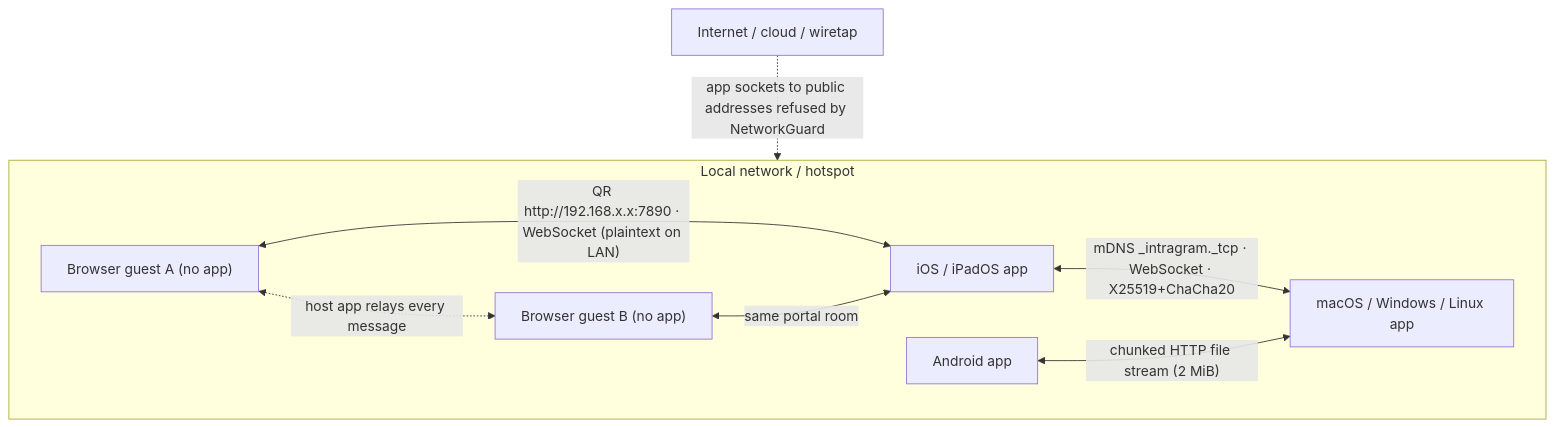
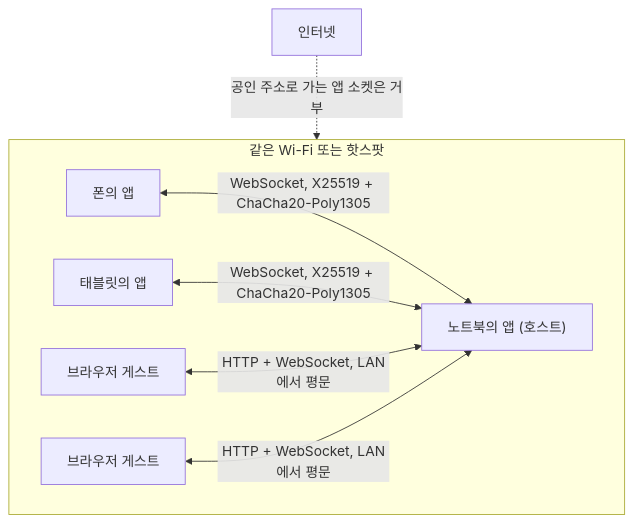
The second of 2 diagrams in README.md (gnoyx2/IntraGram), drawn with Mermaid before and after one commit. The commit also changed other lines of this file, not shown here.

````diff
--- a/README.md
+++ b/README.md
@@ -384,18 +429,17 @@
 ```mermaid
 graph TD
-    subgraph LAN["Local network / hotspot"]
-        iOS["iOS / iPadOS app"]
-        Android["Android app"]
-        Desktop["macOS / Windows / Linux app"]
-        Web1["Browser guest A (no app)"]
-        Web2["Browser guest B (no app)"]
+    subgraph LAN["같은 Wi-Fi 또는 핫스팟"]
+        Phone["폰의 앱"]
+        Laptop["노트북의 앱 (호스트)"]
+        Tablet["태블릿의 앱"]
+        Guest1["브라우저 게스트"]
+        Guest2["브라우저 게스트"]
 
-        iOS <-->|"mDNS _intragram._tcp · WebSocket · X25519+ChaCha20"| Desktop
-        Android <-->|"chunked HTTP file stream (2 MiB)"| Desktop
-        Web1 <-->|"QR http://192.168.x.x:7890 · WebSocket (plaintext on LAN)"| iOS
-        Web2 <-->|"same portal room"| iOS
-        Web1 <-.->|"host app relays every message"| Web2
+        Phone <-->|"WebSocket, X25519 + ChaCha20-Poly1305"| Laptop
+        Tablet <-->|"WebSocket, X25519 + ChaCha20-Poly1305"| Laptop
+        Guest1 <-->|"HTTP + WebSocket, LAN에서 평문"| Laptop
+        Guest2 <-->|"HTTP + WebSocket, LAN에서 평문"| Laptop
     end
 
-    WAN["Internet / cloud / wiretap"] -.->|"app sockets to public addresses refused by NetworkGuard"| LAN
+    WAN["인터넷"] -.->|"공인 주소로 가는 앱 소켓은 거부"| LAN
 ```
````
